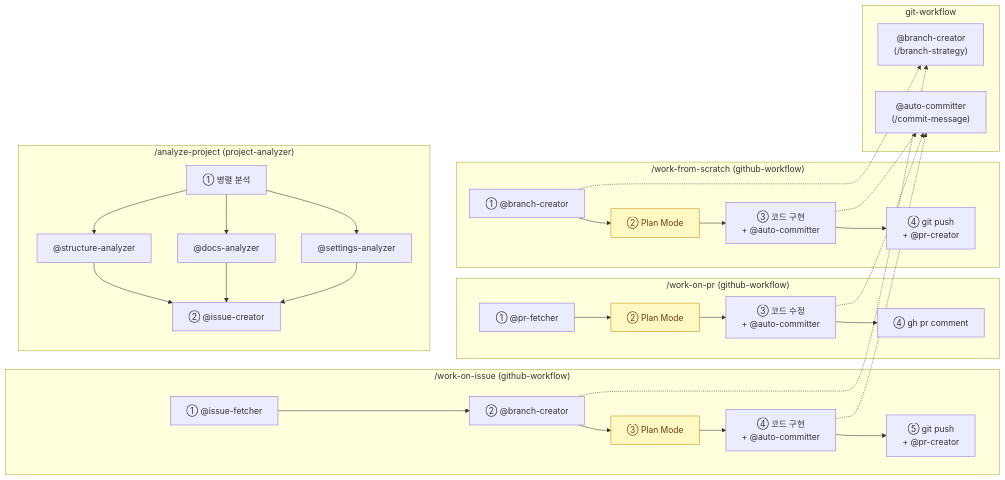
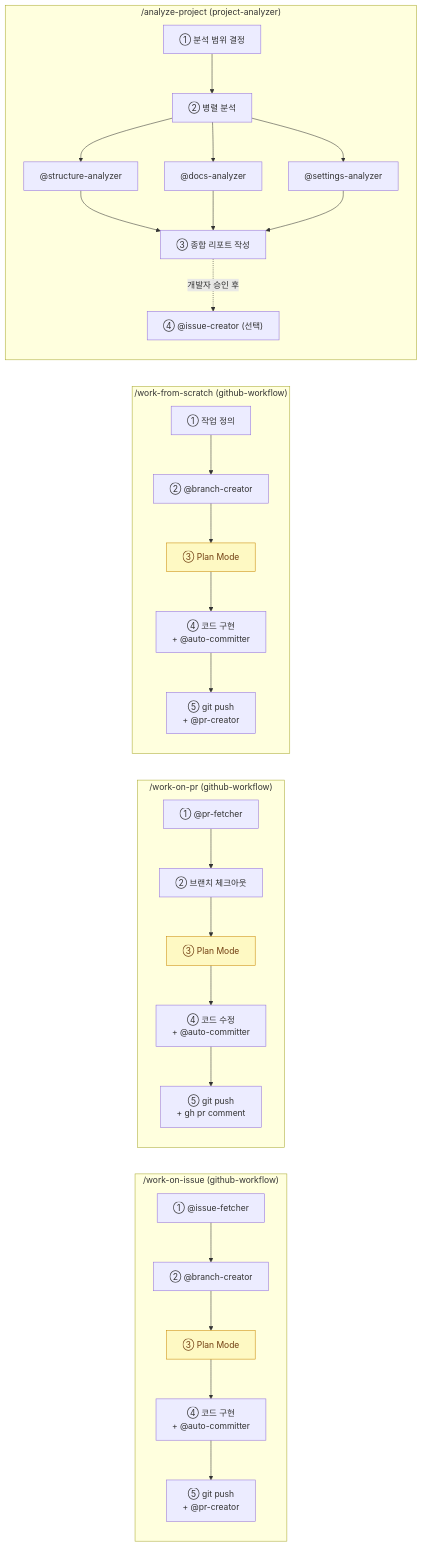
Before and after one commit to iamhoonse-dev/hoonse-claude-plugins: the second of 2 diagrams in README.md, drawn with Mermaid. The commit also changed other lines of this file, not shown here.

Commit message:
docs(readme): PR #37 리뷰 피드백 반영
- 스킬 소개 테이블 링크를 각 SKILL.md 경로로 수정
- analyze-project 설명에 "필요 시" 문구 추가 (이슈 생성 선택성 표현)
- 차트 설명 문구 간결화
- Mermaid 차트: GW 서브그래프 및 점선 의존 관계 화살표 제거
- /work-on-pr 차트: 4단계 → 5단계 (브랜치 체크아웃 단계 추가)
- /work-from-scratch 차트: 4단계 → 5단계 (작업 정의 단계 추가)
- /analyze-project 차트: 분석 범위 결정·종합 리포트 단계 추가, 이슈 생성 선택성 표현

````diff
--- a/README.md
+++ b/README.md
@@ -42,33 +42,24 @@
 ```mermaid
 graph LR
     subgraph WOI ["/work-on-issue  (github-workflow)"]
         WOI1["① @issue-fetcher"] --> WOI2["② @branch-creator"] --> WOI3["③ Plan Mode"] --> WOI4["④ 코드 구현<br/>+ @auto-committer"] --> WOI5["⑤ git push<br/>+ @pr-creator"]
     end
 
     subgraph WOP ["/work-on-pr  (github-workflow)"]
-        WOP1["① @pr-fetcher"] --> WOP2["② Plan Mode"] --> WOP3["③ 코드 수정<br/>+ @auto-committer"] --> WOP4["④ gh pr comment"]
+        WOP1["① @pr-fetcher"] --> WOP2["② 브랜치 체크아웃"] --> WOP3["③ Plan Mode"] --> WOP4["④ 코드 수정<br/>+ @auto-committer"] --> WOP5["⑤ git push<br/>+ gh pr comment"]
     end
 
     subgraph WFS ["/work-from-scratch  (github-workflow)"]
-        WFS1["① @branch-creator"] --> WFS2["② Plan Mode"] --> WFS3["③ 코드 구현<br/>+ @auto-committer"] --> WFS4["④ git push<br/>+ @pr-creator"]
+        WFS1["① 작업 정의"] --> WFS2["② @branch-creator"] --> WFS3["③ Plan Mode"] --> WFS4["④ 코드 구현<br/>+ @auto-committer"] --> WFS5["⑤ git push<br/>+ @pr-creator"]
     end
 
     subgraph ANAP ["/analyze-project  (project-analyzer)"]
-        ANAP1["① 병렬 분석"] --> ANA1["@structure-analyzer"] & ANA2["@docs-analyzer"] & ANA3["@settings-analyzer"]
-        ANA1 & ANA2 & ANA3 --> ANA4["② @issue-creator"]
+        ANAP0["① 분석 범위 결정"] --> ANAP1["② 병렬 분석"]
+        ANAP1 --> ANA1["@structure-analyzer"] & ANA2["@docs-analyzer"] & ANA3["@settings-analyzer"]
+        ANA1 & ANA2 & ANA3 --> ANAP2["③ 종합 리포트 작성"]
+        ANAP2 -. "개발자 승인 후" .-> ANA4["④ @issue-creator (선택)"]
     end
 
-    subgraph GW [git-workflow]
-        BC["@branch-creator<br/>(/branch-strategy)"]
-        AC["@auto-committer<br/>(/commit-message)"]
-    end
-
-    WOI2 -.-> BC
-    WOI4 -.-> AC
-    WFS1 -.-> BC
-    WFS3 -.-> AC
-    WOP3 -.-> AC
-
     classDef plan fill:#fef9c3,stroke:#ca8a04,color:#713f12
-    class WOI3,WFS2,WOP2 plan
+    class WOI3,WOP3,WFS3 plan
 ```
````
